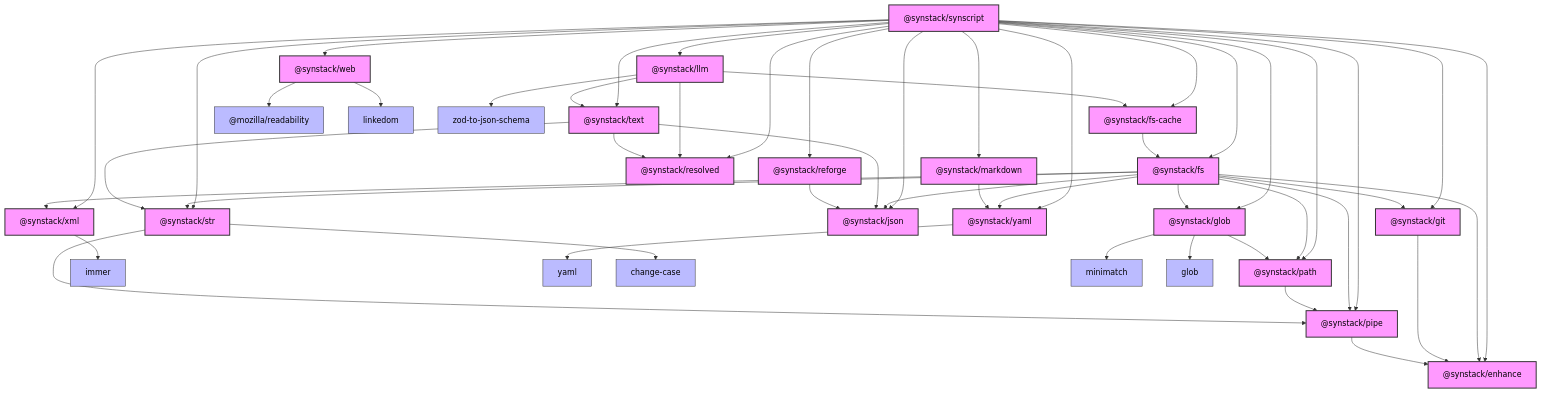
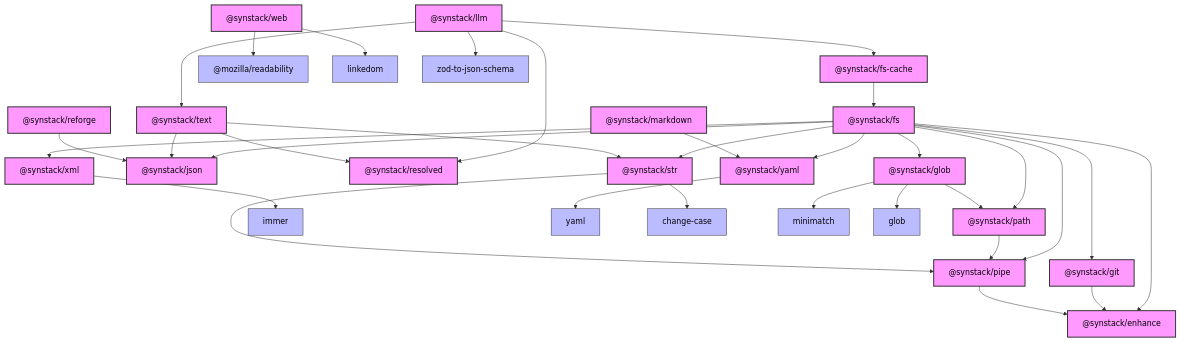
One commit to pAIrprogio/synscript changed the diagram in README.md. Above: the diagram before and after it, drawn with Mermaid. The commit also changed other lines of this file, not shown here.

Commit message:
update main Readme

````diff
--- a/README.md
+++ b/README.md
@@ -115,81 +112,61 @@
 ```mermaid
 graph TD
   %% Packages
-  synscript["@synstack/synscript"]
   enhance["@synstack/enhance"]
   fs["@synstack/fs"]
   fs_cache["@synstack/fs-cache"]
   git["@synstack/git"]
   glob["@synstack/glob"]
   json["@synstack/json"]
   llm["@synstack/llm"]
   markdown["@synstack/markdown"]
   path["@synstack/path"]
   pipe["@synstack/pipe"]
   reforge["@synstack/reforge"]
   resolved["@synstack/resolved"]
   str["@synstack/str"]
   text["@synstack/text"]
   web["@synstack/web"]
   xml["@synstack/xml"]
   yaml["@synstack/yaml"]
-
-  %% Internal Dependencies
-  synscript --> enhance
-  synscript --> fs
-  synscript --> fs_cache
-  synscript --> git
-  synscript --> glob
-  synscript --> json
-  synscript --> llm
-  synscript --> markdown
-  synscript --> path
-  synscript --> pipe
-  synscript --> reforge
-  synscript --> resolved
-  synscript --> str
-  synscript --> text
-  synscript --> web
-  synscript --> xml
-  synscript --> yaml
 
   fs --> enhance
   fs --> git
   fs --> glob
   fs --> json
   fs --> path
   fs --> pipe
   fs --> str
   fs --> xml
   fs --> yaml
 
   fs_cache --> fs
   git --> enhance
   glob --> path
   llm --> resolved
   llm --> text
   llm --> fs_cache
   markdown --> yaml
   path --> pipe
   pipe --> enhance
   str --> pipe
   text --> json
   text --> resolved
   text --> str
   reforge --> json
 
   %% External Dependencies
   web --> readability["@mozilla/readability"]
   web --> linkedom
   xml --> immer
   yaml --> yaml_pkg["yaml"]
   llm --> zod_json["zod-to-json-schema"]
   str --> change_case["change-case"]
   glob --> minimatch["minimatch"]
   glob --> glob_pkg["glob"]
 
   %% Styling
   classDef default fill:#f9f,stroke:#333,stroke-width:2px,color:#000;
   classDef external fill:#bbf,stroke:#333,stroke-width:1px,color:#000;
   class readability,linkedom,immer,yaml_pkg,zod_json,change_case,minimatch,glob_pkg external
 ```
````
